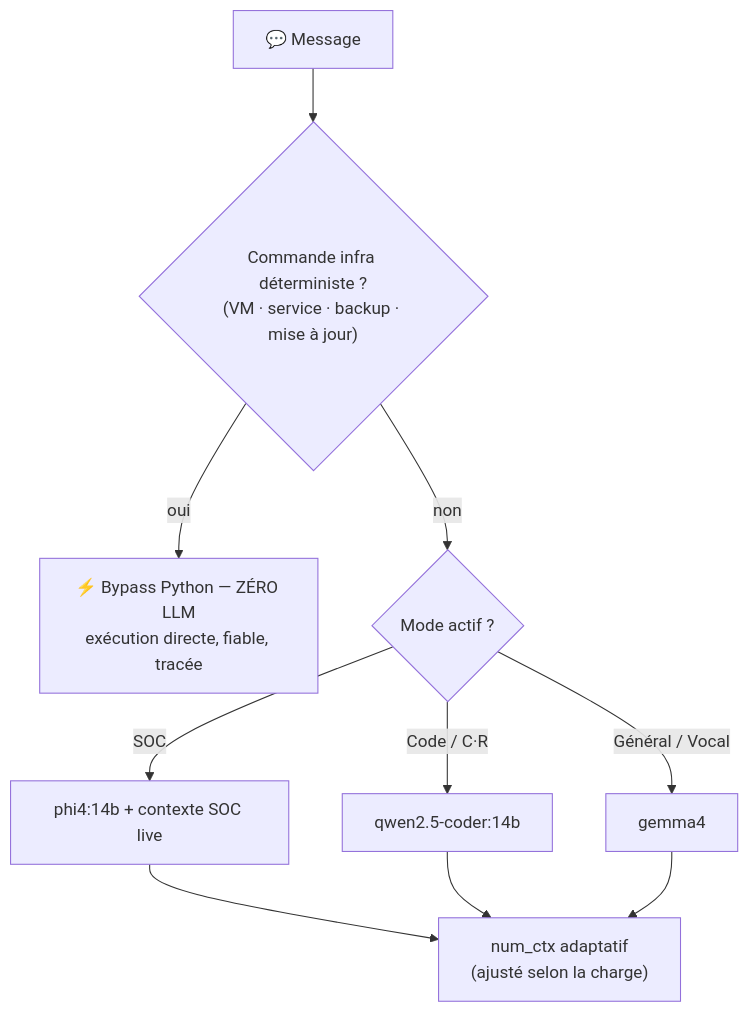
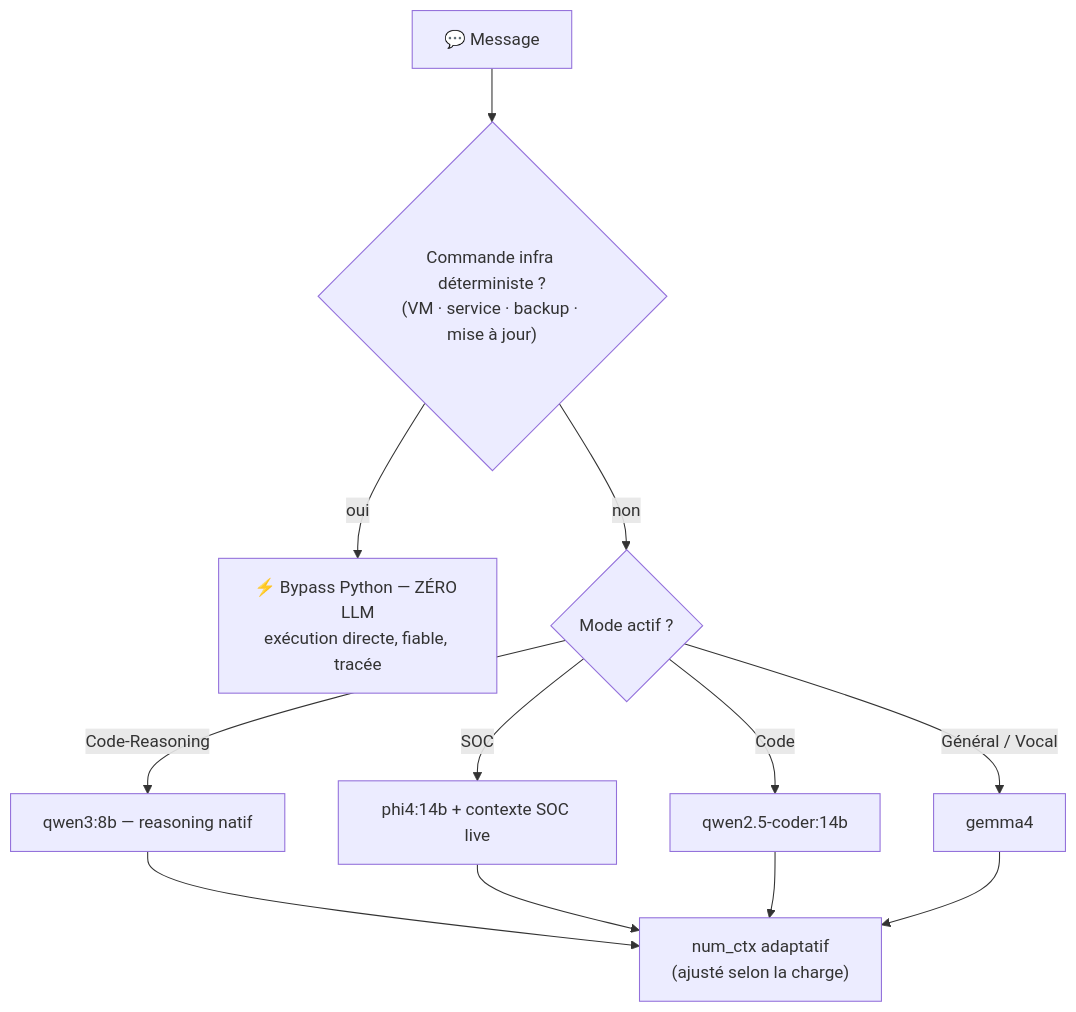
One commit to 0xCyberLiTech/JARVIS changed the third of 6 diagrams in README.md. Above: the diagram before and after it, drawn with Mermaid. The commit also changed other lines of this file, not shown here.

First line of the commit message:
docs(vitrine): aligne JARVIS sur l'etat actuel -- qwen3:8b (Code-Reasoning) coherent

````diff
--- a/README.md
+++ b/README.md
@@ -231,12 +231,14 @@
 ```mermaid
 flowchart TD
     A["💬 Message"] --> B{"Commande infra déterministe ?<br/>(VM · service · backup · mise à jour)"}
     B -->|oui| BYP["⚡ Bypass Python — ZÉRO LLM<br/>exécution directe, fiable, tracée"]
     B -->|non| M{"Mode actif ?"}
     M -->|SOC| P["phi4:14b + contexte SOC live"]
-    M -->|Code / C·R| Q["qwen2.5-coder:14b"]
+    M -->|Code| Q["qwen2.5-coder:14b"]
+    M -->|Code-Reasoning| Q2["qwen3:8b — reasoning natif"]
+    Q2 --> CTX
     M -->|Général / Vocal| G["gemma4"]
     P --> CTX["num_ctx adaptatif<br/>(ajusté selon la charge)"]
     Q --> CTX
     G --> CTX
 ```
````
